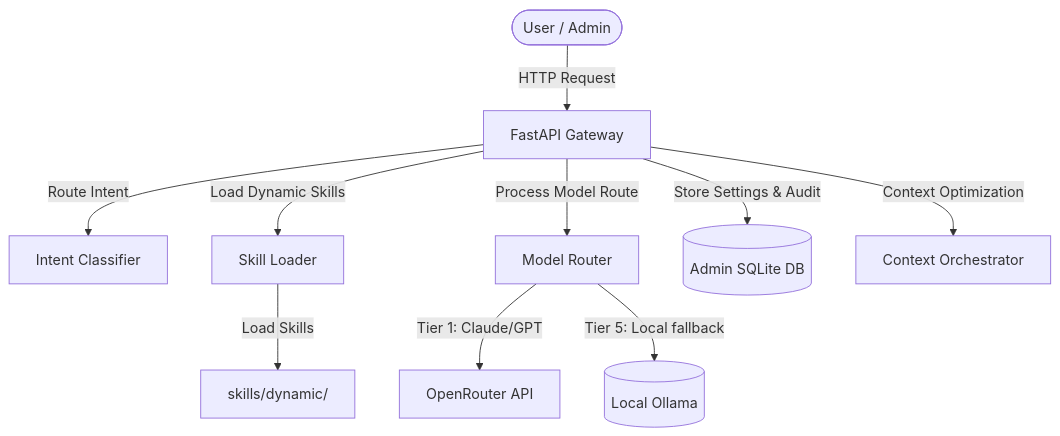
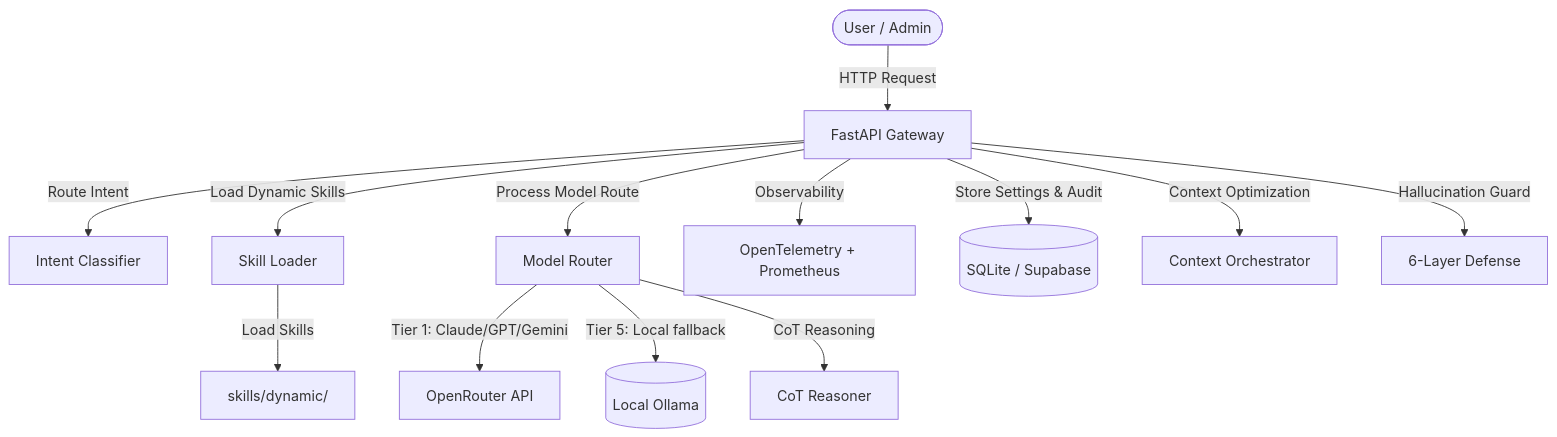
Before and after one commit to paykaribazaronline/supremeai: the first of 2 diagrams in document/plans_and_guides/architecture_and_design_blueprint.md, drawn with Mermaid. The commit also changed other lines of this file and 25 other files, not shown here.

````diff
--- a/document/plans_and_guides/architecture_and_design_blueprint.md
+++ b/document/plans_and_guides/architecture_and_design_blueprint.md
@@ -9,15 +11,18 @@
 ```mermaid
 graph TD
     User([User / Admin]) -->|HTTP Request| API[FastAPI Gateway]
     API -->|Route Intent| Intent[Intent Classifier]
     API -->|Load Dynamic Skills| SkillLoader[Skill Loader]
     API -->|Process Model Route| Router[Model Router]
+    API -->|Observability| Telemetry[OpenTelemetry + Prometheus]
     
-    Router -->|Tier 1: Claude/GPT| OpenRouter[OpenRouter API]
+    Router -->|Tier 1: Claude/GPT/Gemini| OpenRouter[OpenRouter API]
     Router -->|Tier 5: Local fallback| Ollama[(Local Ollama)]
+    Router -->|CoT Reasoning| CoT[CoT Reasoner]
     
-    API -->|Store Settings & Audit| AdminDB[(Admin SQLite DB)]
+    API -->|Store Settings & Audit| AdminDB[(SQLite / Supabase)]
     API -->|Context Optimization| Context[Context Orchestrator]
+    API -->|Hallucination Guard| Guard[6-Layer Defense]
     
     SkillLoader -->|Load Skills| DynamicSkills[skills/dynamic/]
 ```
````
